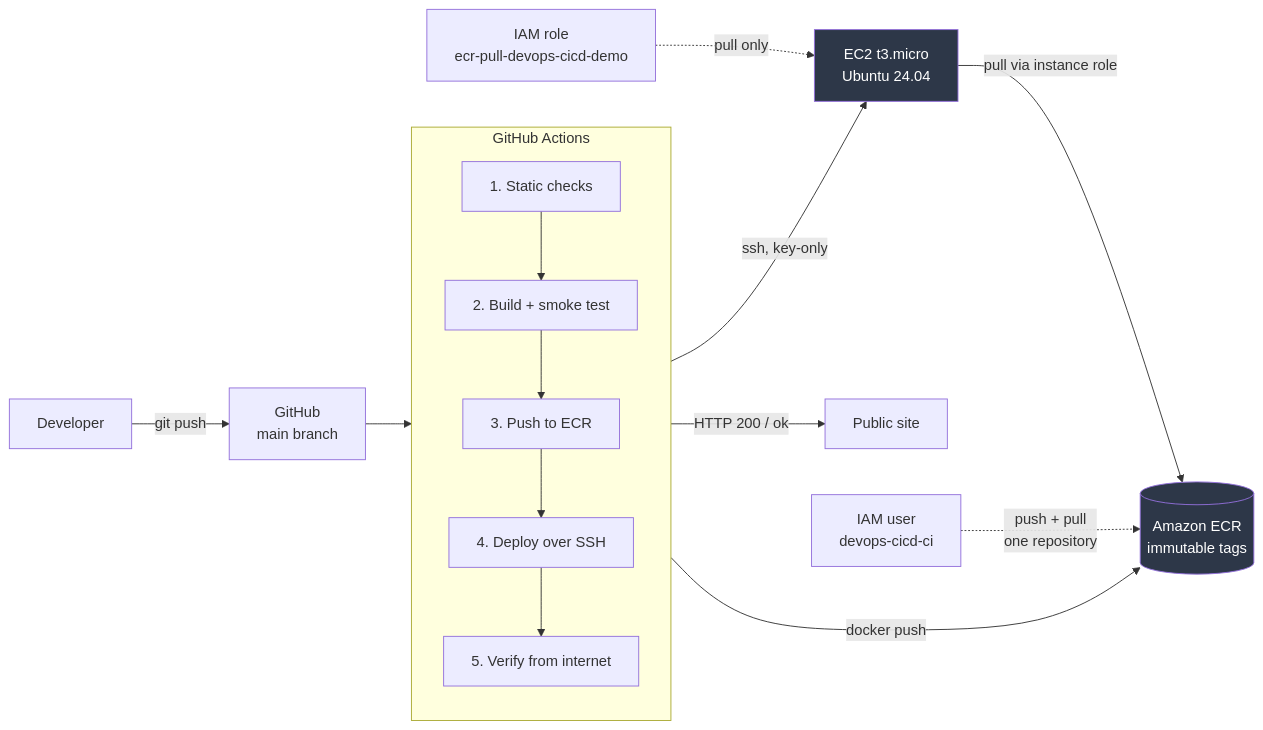
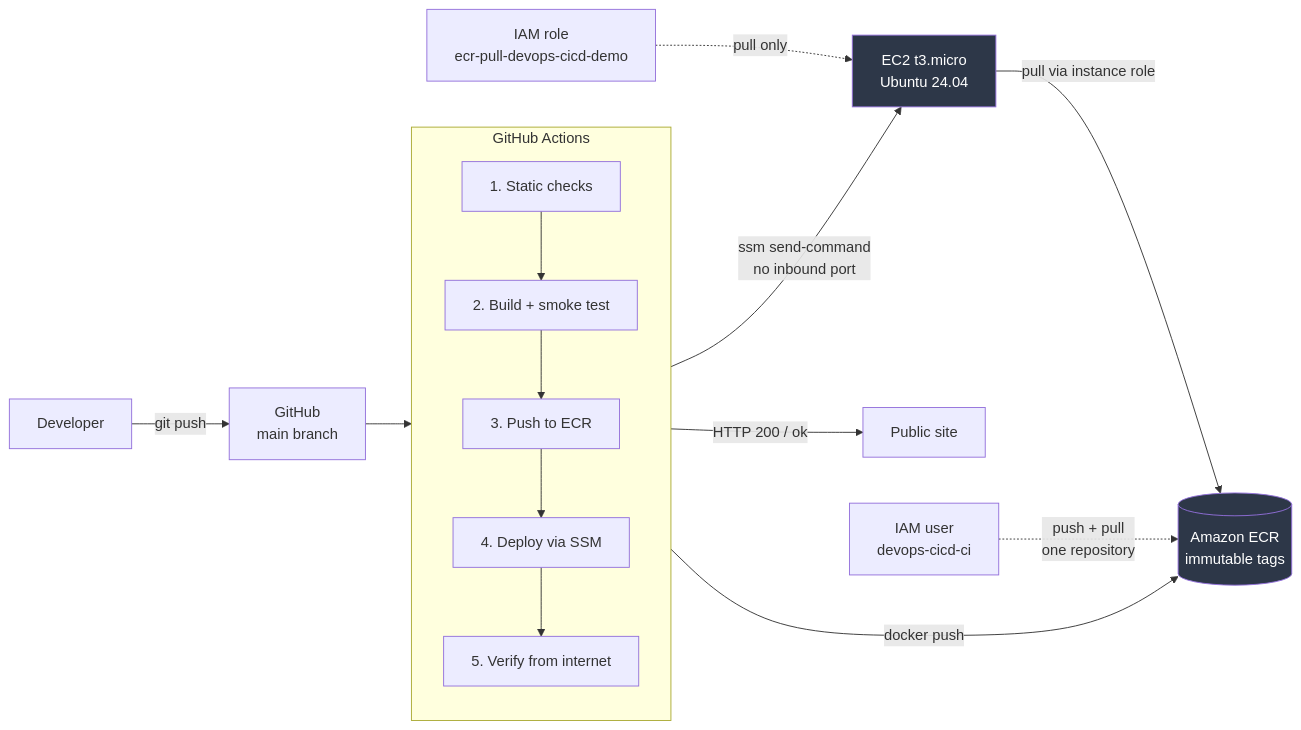
The diagram in README.md (Balaji7259/devops-cicd-demo), drawn with Mermaid before and after one commit. The commit also changed other lines of this file and 1 other file, not shown here.

Commit message:
docs: record the Systems Manager deploy path and the four-run diagnostic failure

````diff
--- a/README.md
+++ b/README.md
@@ -17,26 +17,26 @@
 ```mermaid
 flowchart LR
     dev[Developer] -->|git push| gh[GitHub<br/>main branch]
 
     subgraph actions [GitHub Actions]
         direction TB
         t1[1. Static checks]
         t2[2. Build + smoke test]
         t3[3. Push to ECR]
-        t4[4. Deploy over SSH]
+        t4[4. Deploy via SSM]
         t5[5. Verify from internet]
         t1 --> t2 --> t3 --> t4 --> t5
     end
 
     gh --> t1
     t3 -->|docker push| ecr[(Amazon ECR<br/>immutable tags)]
-    t4 -->|ssh, key-only| ec2[EC2 t3.micro<br/>Ubuntu 24.04]
+    t4 -->|ssm send-command<br/>no inbound port| ec2[EC2 t3.micro<br/>Ubuntu 24.04]
     ec2 -->|pull via instance role| ecr
     t5 -->|HTTP 200 / ok| live[Public site]
 
     iam1[IAM user<br/>devops-cicd-ci] -.->|push + pull<br/>one repository| ecr
     iam2[IAM role<br/>ecr-pull-devops-cicd-demo] -.->|pull only| ec2
 
     style ecr fill:#2d3748,color:#fff
     style ec2 fill:#2d3748,color:#fff
 ```
````
